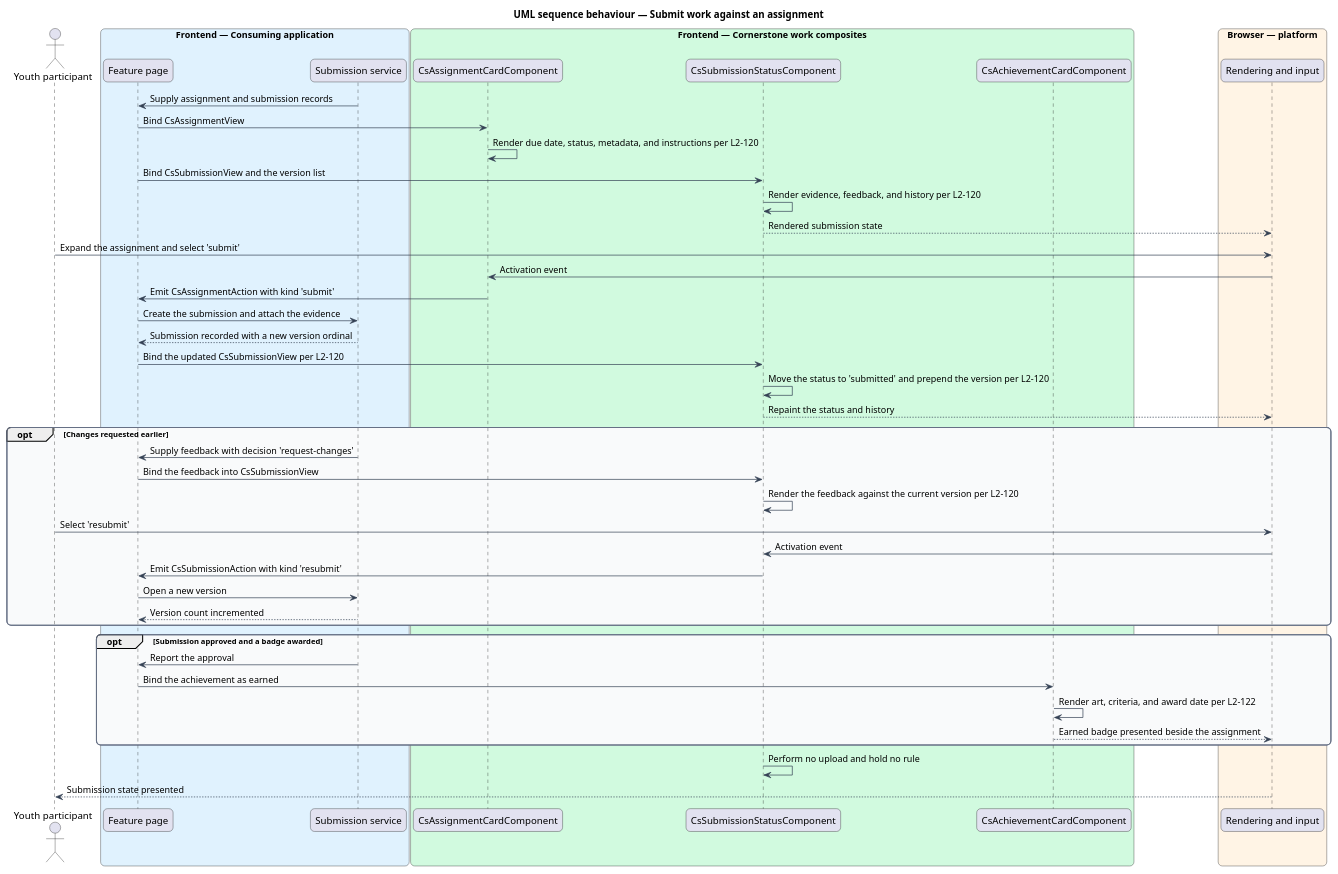
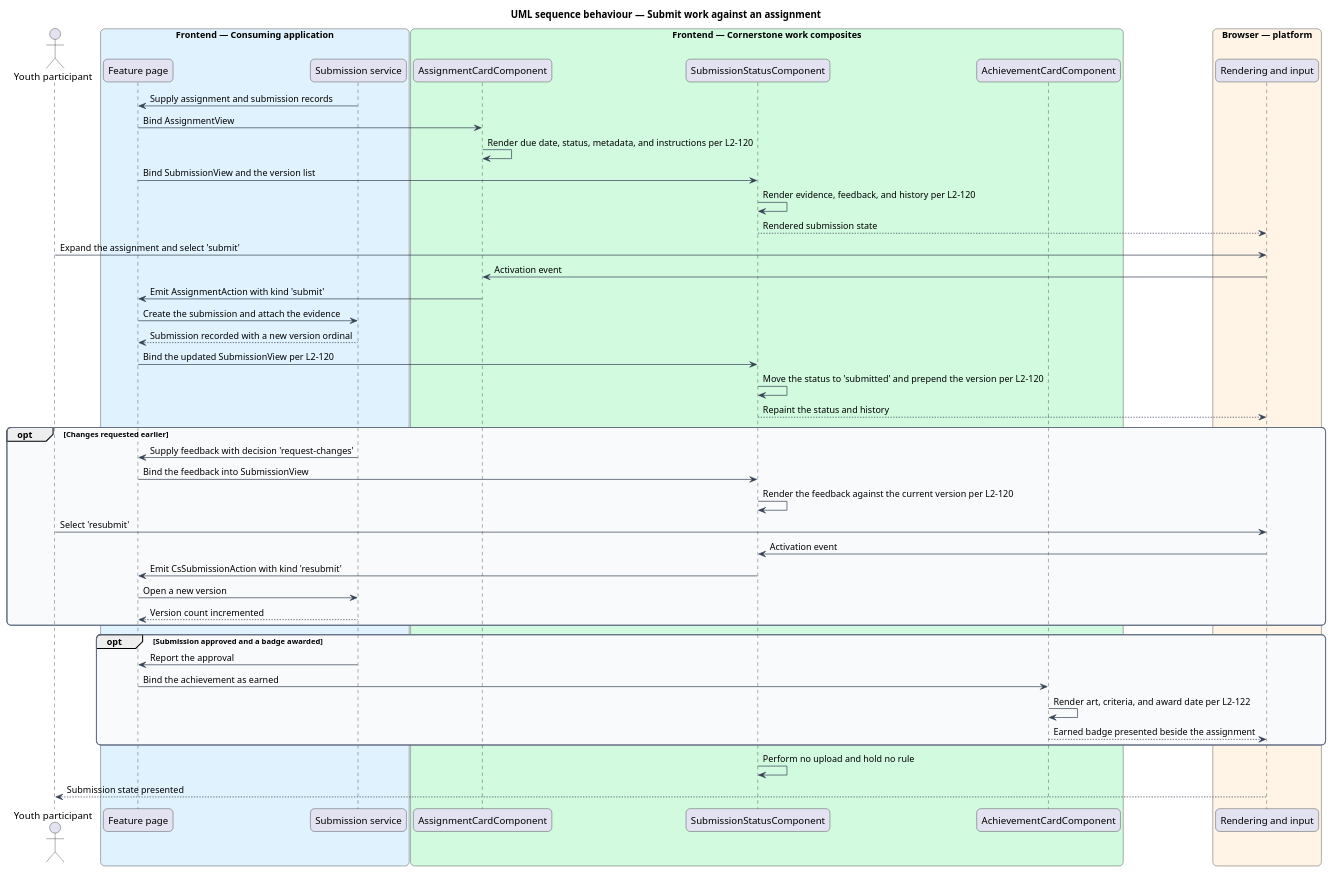
One commit to QuinntyneBrown/Cornerstone changed the diagram in docs/detailed-designs/workflows/submit-and-review-work/diagrams/sequence-submit-work.puml. Above: the diagram before and after it, drawn with PlantUML. The commit also changed 1743 other files, not shown here.

```diff
--- a/docs/detailed-designs/workflows/submit-and-review-work/diagrams/sequence-submit-work.puml
+++ b/docs/detailed-designs/workflows/submit-and-review-work/diagrams/sequence-submit-work.puml
@@ -1,67 +1,67 @@
 @startuml
 title UML sequence behaviour — Submit work against an assignment
 skinparam backgroundColor #FFFFFF
 skinparam shadowing false
 skinparam roundcorner 12
 skinparam defaultFontName Arial
 skinparam ArrowColor #344054
 skinparam rectangle {
   BorderColor #344054
   FontColor #101828
 }
 skinparam package {
   BorderColor #667085
   FontColor #101828
   BackgroundColor #F9FAFB
 }
 actor "Youth participant" as youth
 box "Frontend — Consuming application" #E0F2FE
   participant "Feature page" as page
   participant "Submission service" as submissions
 end box
 box "Frontend — Cornerstone work composites" #D1FADF
-  participant "CsAssignmentCardComponent" as card
-  participant "CsSubmissionStatusComponent" as status
-  participant "CsAchievementCardComponent" as badge
+  participant "AssignmentCardComponent" as card
+  participant "SubmissionStatusComponent" as status
+  participant "AchievementCardComponent" as badge
 end box
 box "Browser — platform" #FFF4E5
   participant "Rendering and input" as browser
 end box
 
 submissions -> page : Supply assignment and submission records
-page -> card : Bind CsAssignmentView
+page -> card : Bind AssignmentView
 card -> card : Render due date, status, metadata, and instructions per L2-120
-page -> status : Bind CsSubmissionView and the version list
+page -> status : Bind SubmissionView and the version list
 status -> status : Render evidence, feedback, and history per L2-120
 status --> browser : Rendered submission state
 
 youth -> browser : Expand the assignment and select 'submit'
 browser -> card : Activation event
-card -> page : Emit CsAssignmentAction with kind 'submit'
+card -> page : Emit AssignmentAction with kind 'submit'
 page -> submissions : Create the submission and attach the evidence
 submissions --> page : Submission recorded with a new version ordinal
-page -> status : Bind the updated CsSubmissionView per L2-120
+page -> status : Bind the updated SubmissionView per L2-120
 status -> status : Move the status to 'submitted' and prepend the version per L2-120
 status --> browser : Repaint the status and history
 
 opt Changes requested earlier
   submissions -> page : Supply feedback with decision 'request-changes'
-  page -> status : Bind the feedback into CsSubmissionView
+  page -> status : Bind the feedback into SubmissionView
   status -> status : Render the feedback against the current version per L2-120
   youth -> browser : Select 'resubmit'
   browser -> status : Activation event
   status -> page : Emit CsSubmissionAction with kind 'resubmit'
   page -> submissions : Open a new version
   submissions --> page : Version count incremented
 end
 
 opt Submission approved and a badge awarded
   submissions -> page : Report the approval
   page -> badge : Bind the achievement as earned
   badge -> badge : Render art, criteria, and award date per L2-122
   badge --> browser : Earned badge presented beside the assignment
 end
 
 status -> status : Perform no upload and hold no rule
 browser --> youth : Submission state presented
 @enduml
```
